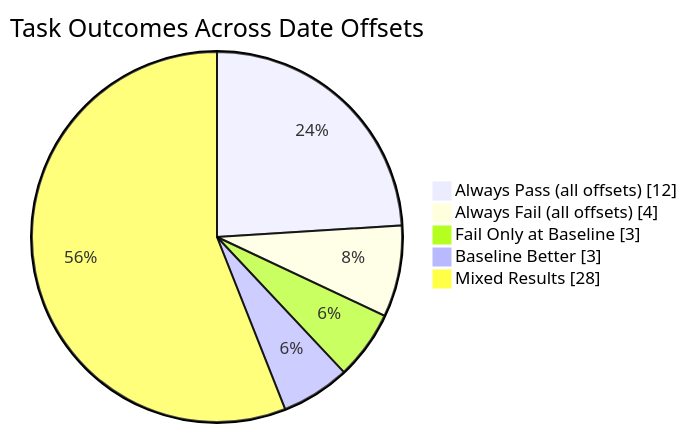
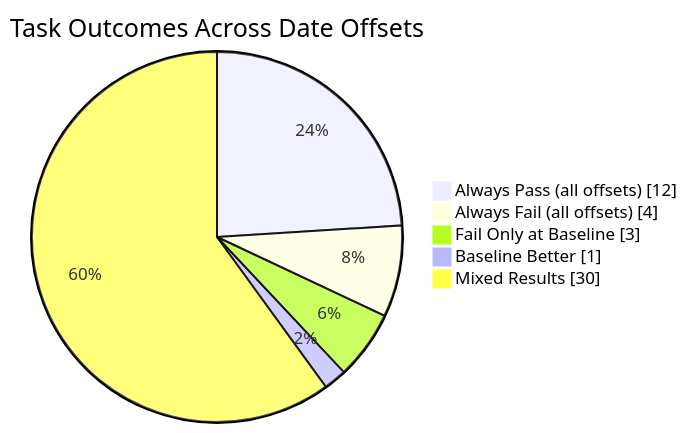
One commit to sshh12/tau2-bench-time-ablations changed the diagram in README.md. Above: the diagram before and after it, drawn with Mermaid. The commit also changed other lines of this file and 8 other files, not shown here.

````diff
--- a/README.md
+++ b/README.md
@@ -183,9 +184,9 @@
 ```mermaid
 pie showData
     title Task Outcomes Across Date Offsets
     "Always Pass (all offsets)" : 12
     "Always Fail (all offsets)" : 4
     "Fail Only at Baseline" : 3
-    "Baseline Better" : 3
-    "Mixed Results" : 28
+    "Baseline Better" : 1
+    "Mixed Results" : 30
 ```
````
